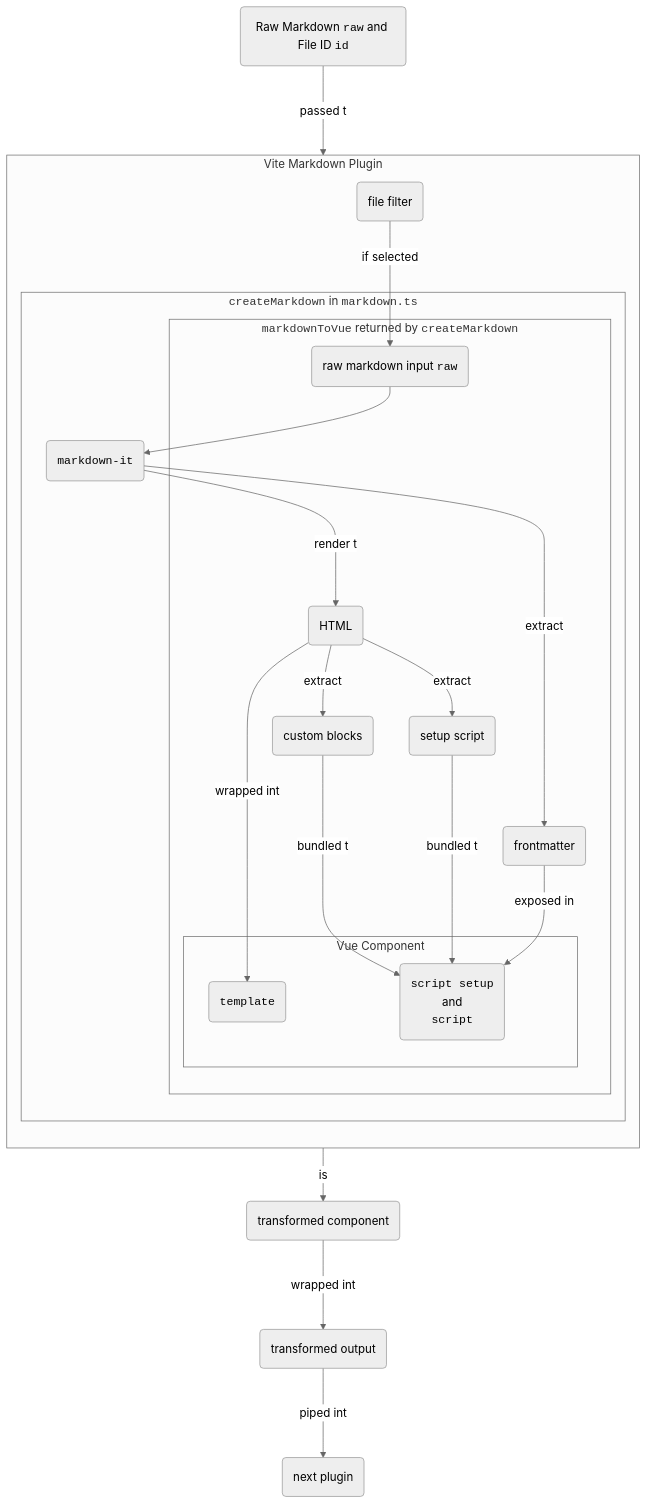
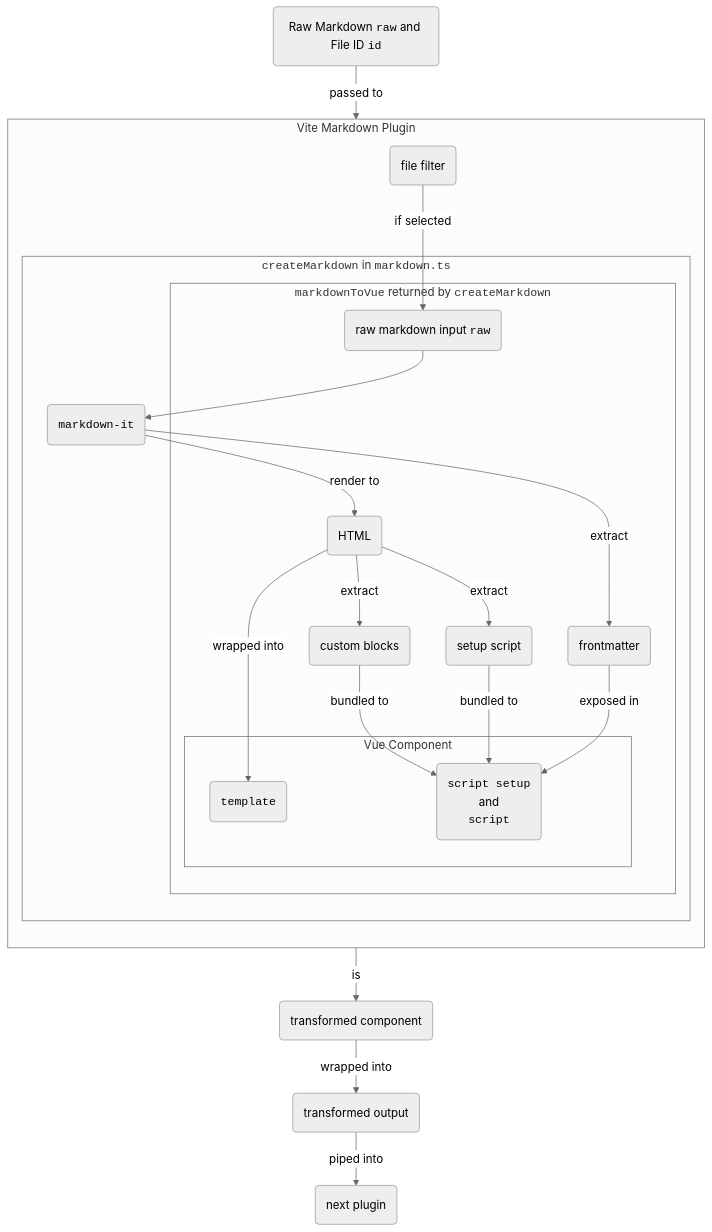
The diagram in pages/posts/2023/about-vite-markdown-plugin/index.md (FlickerSoul/universe.observer), drawn with Mermaid (neutral theme) before and after one commit. The commit also changed other lines of this file, not shown here.

Commit message:
feat: update markdown plugin post

````diff
--- a/pages/posts/2023/about-vite-markdown-plugin/index.md
+++ b/pages/posts/2023/about-vite-markdown-plugin/index.md
@@ -171,41 +224,41 @@
 ```mermaid
 flowchart TD
-    input(Raw Markdown <code>raw</code> and File ID <code>id</code>) --passed to--> FF
-    VC --is--> TR(transformed component)
-    TR --wrapped into--> TO(transformed output) --piped into--> PP(next plugin)
+    input(Raw Markdown <code>raw</code> and File ID <code>id</code>) -- passed to --> FF
+    VC -- is --> TR(transformed component)
+    TR -- wrapped into --> TO(transformed output) -- piped into --> PP(next plugin)
     subgraph transform[Vite Markdown Plugin]
         direction TB
-        FF(file filter) --if selected--> RINPUT
+        FF(file filter) -- if selected --> RINPUT
         subgraph CM[<code>createMarkdown</code> in <code>markdown.ts</code>]
-            MDIT(<code>markdown-it</code>) 
-            MDIT --render to--> RHTML( HTML)
-            MDIT --extract--> FM(frontmatter)
+            MDIT(<code>markdown-it</code>)
+            MDIT -- render to --> RHTML(HTML)
+            MDIT -- extract --> FM(frontmatter)
             RINPUT --> MDIT
             subgraph MKTV[<code>markdownToVue</code> returned by <code>createMarkdown</code>]
                 RINPUT(raw markdown input <code>raw</code>)
-                RHTML --extract--> SS(setup script) 
-                RHTML --extract--> CB(custom blocks)
-                RHTML --wrapped into--> template
-                FM --exposed in--> script
-                SS --bundled to--> script
-                CB --bundled to--> script
+                RHTML -- extract --> SS(setup script)
+                RHTML -- extract --> CB(custom blocks)
+                RHTML -- wrapped into --> template
+                FM -- exposed in --> script
+                SS -- bundled to --> script
+                CB -- bundled to --> script
                 subgraph VC[Vue Component]
                     template(<code>template</code>)
                     script(<code>script setup</code><br/>and<br/><code>script</code>)
                 end
             end
         end
     end
     click input href "https://github.com/mdit-vue/vite-plugin-vue-markdown/blob/6db0486189ce9953078e73b48d19b426365e7ec9/src/index.ts#L19" _blank
     click FF href "https://github.com/mdit-vue/vite-plugin-vue-markdown/blob/6db0486189ce9953078e73b48d19b426365e7ec9/src/index.ts#LL11-L14C4" _blank
     click MDIT href "https://github.com/mdit-vue/vite-plugin-vue-markdown/blob/6db0486189ce9953078e73b48d19b426365e7ec9/src/markdown.ts#LL45-L72" _blank
     click RINPUT href "https://github.com/mdit-vue/vite-plugin-vue-markdown/blob/6db0486189ce9953078e73b48d19b426365e7ec9/src/markdown.ts#L74" _blank
     click RHTML href "https://github.com/mdit-vue/vite-plugin-vue-markdown/blob/6db0486189ce9953078e73b48d19b426365e7ec9/src/markdown.ts#LL83" _blank
     click FM href "https://github.com/mdit-vue/vite-plugin-vue-markdown/blob/6db0486189ce9953078e73b48d19b426365e7ec9/src/markdown.ts#L84" _blank
     click SS href "https://github.com/mdit-vue/vite-plugin-vue-markdown/blob/6db0486189ce9953078e73b48d19b426365e7ec9/src/markdown.ts#L100" _blank
     click CB href "https://github.com/mdit-vue/vite-plugin-vue-markdown/blob/6db0486189ce9953078e73b48d19b426365e7ec9/src/markdown.ts#L102" _blank
     click script href "https://github.com/mdit-vue/vite-plugin-vue-markdown/blob/6db0486189ce9953078e73b48d19b426365e7ec9/src/markdown.ts#L156-L177" _blank
     click template href "https://github.com/mdit-vue/vite-plugin-vue-markdown/blob/6db0486189ce9953078e73b48d19b426365e7ec9/src/markdown.ts#L180" _blank
     click TR href "https://github.com/mdit-vue/vite-plugin-vue-markdown/blob/6db0486189ce9953078e73b48d19b426365e7ec9/src/markdown.ts#LL179-L183" _blank
     click TO href "https://github.com/mdit-vue/vite-plugin-vue-markdown/blob/6db0486189ce9953078e73b48d19b426365e7ec9/src/markdown.ts#LL185-L188" _blank
 ```
````
